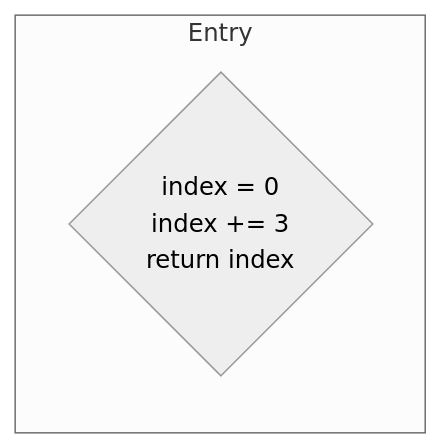
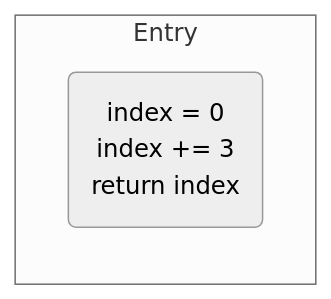
Before and after one commit to moosetechnology/moosetechnology.github.io: the third of 12 diagrams in src/content/docs/developers/fast-cfg.mdx, drawn with Mermaid (neutral theme). The commit also changed other lines of this file and 1 other file, not shown here.

Commit message:
Update graphs to be more explicit

````diff
--- a/src/content/docs/developers/fast-cfg.mdx
+++ b/src/content/docs/developers/fast-cfg.mdx
@@ -245,10 +258,9 @@
 ```mermaid
 flowchart TD
 	subgraph Entry
 		direction TB
-		409149184
+		1
 	end
 
-
-409149184{"index = 0<br/>	index += 3<br/>	return index "}
+	1("index = 0<br/>	index += 3<br/>	return index ")
 ```
````
